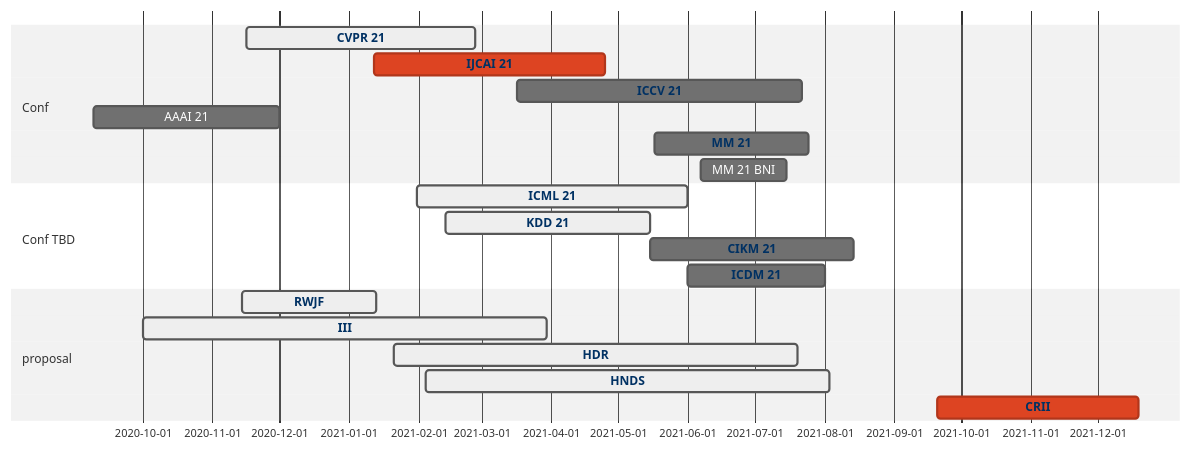
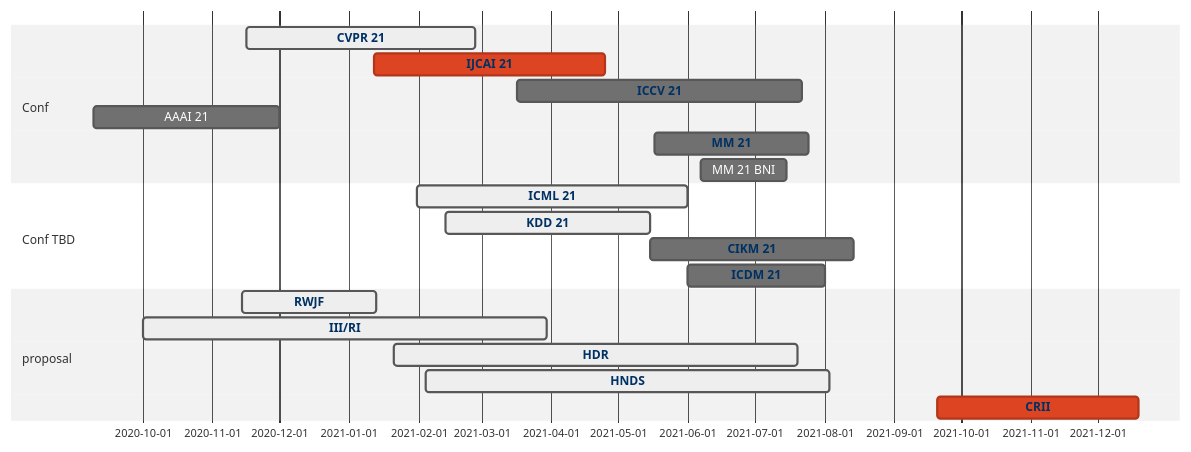
Before and after one commit to aquastar/academic-kickstart: the diagram in content/post/conf/index.md, drawn with Mermaid (neutral theme).

````diff
--- a/content/post/conf/index.md
+++ b/content/post/conf/index.md
@@ -16,37 +16,37 @@
 ```mermaid
 gantt
   dateFormat  MM/DD/YY
   section Conf
     CVPR 21 :active, cvpr, 11/16/20, 02/26/21
     IJCAI 21 :crit, ijcai, 01/12/21, 04/25/21
     ICCV 21 :iccv, 03/17/21, 07/22/21
     AAAI 21 :aaai, 09/09/20, 12/01/20
     MM 21:mm, 05/17/21, 07/25/21
     MM 21 BNI:mmbni, 06/07/21, 07/15/21
   section Conf TBD
     ICML 21:active, icml, 01/31/21, 06/01/21
     KDD 21:active, kdd, 02/13/21, 05/15/21
     CIKM 21:cikm, 05/15/21, 08/14/21
     ICDM 21:icdm, 06/01/21, 08/01/21
   section proposal
     RWJF :active, rwjf, 11/14/20, 60d
-    III: active, iii, 10/01/20, 180d
+    III/RI: active, iis, 10/01/20, 180d
     HDR :active, hdr, 01/21/21, 180d
     HNDS :active, hnds, 02/04/21, 180d
     CRII :crit, crii, 09/20/21, 90d 
 
   click cvpr href "http://cvpr2021.thecvf.com/"
   click iccv href "http://iccv2021.thecvf.com/"
   click icml href "https://mermaidjs.github.io/"
   click ijcai href "http://www.ijcai-21.org/"
   click kdd href "http://www.kdd.org/kdd2021"
   click www href "https://www2021.thewebconf.org/"
   click cikm href "https://www.cikm2021.org/"
   click icdm href "http://icdm2021.bigke.org"
   click mm href "https://2020.acmmm.org/index.html"
   click crii href "https://www.nsf.gov/funding/pgm_summ.jsp?pims_id=504952"
   click hdr href "https://www.nsf.gov/funding/pgm_summ.jsp?pims_id=505828&org=NSF&sel_org=CISE&from=fund"
   click hnds href "https://www.nsf.gov/funding/pgm_summ.jsp?pims_id=505702"
   click rwjf href "https://anr.rwjf.org/viewCfp.do?cfpId=1509&cfpOverviewId="
-  click iii href "https://www.nsf.gov/funding/pgm_summ.jsp?pims_id=505667&org=NSF"
+  click iis href "https://www.nsf.gov/funding/pgm_summ.jsp?pims_id=505667&org=NSF"
 ```
````
